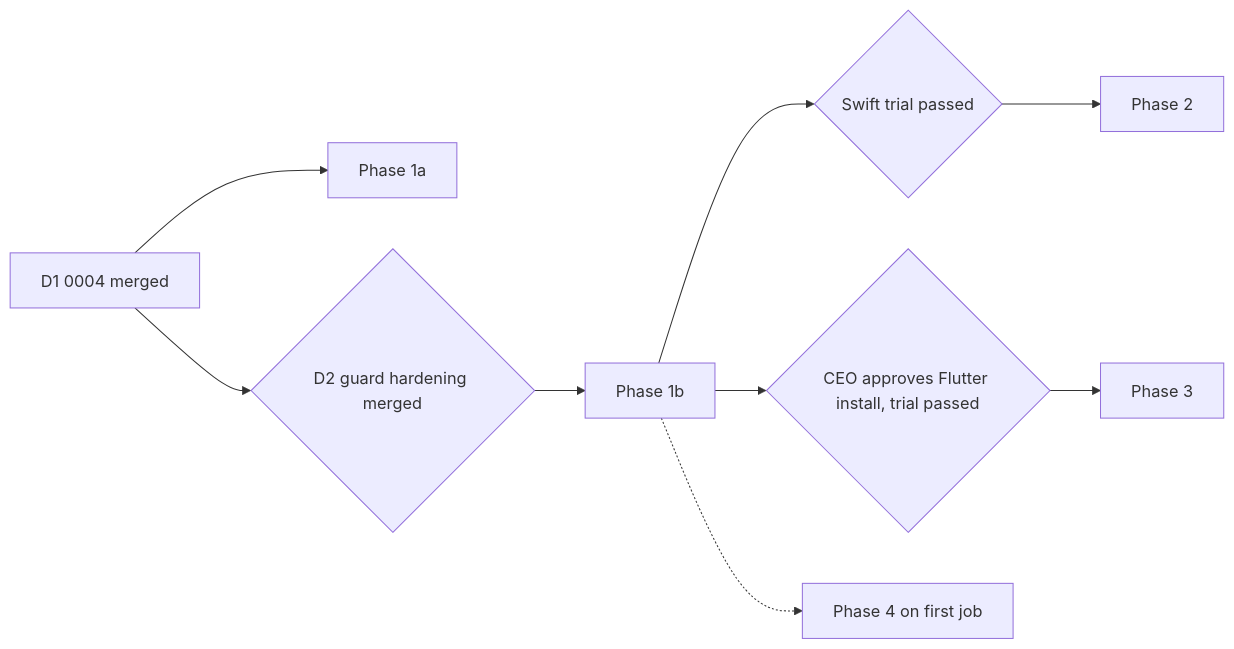
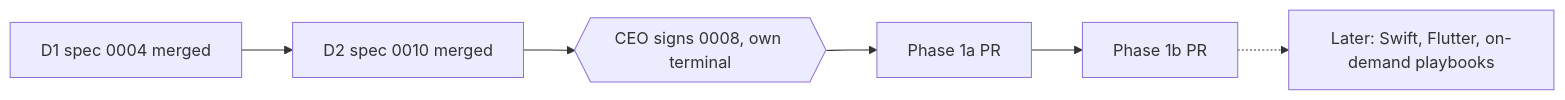
One commit to GktuOktay/claude-agency-v2 changed the second of 2 diagrams in specs/draft/0008-team-expansion.md. Above: the diagram before and after it, drawn with Mermaid. The commit also changed other lines of this file, not shown here.

Commit message:
docs(team): spec 0008 rev 5 after spec 0004 shipped: phases 1a and 1b only, D2 is spec 0010

````diff
--- a/specs/draft/0008-team-expansion.md
+++ b/specs/draft/0008-team-expansion.md
@@ -322,12 +306,9 @@
 ```mermaid
-%% Question: in what order do the phases ship, and which step needs a CEO decision or a separate spec?
+%% Question: in what order do things ship, and which step needs a CEO decision or a separate spec? (hexagon = CEO gate; dotted = later, own specs)
 flowchart LR
-  D1[D1 0004 merged] --> P1a[Phase 1a]
-  D1 --> D2{D2 guard hardening merged}
-  D2 --> P1b[Phase 1b]
-  P1b --> S{Swift trial passed}
-  S --> P2[Phase 2]
-  P1b --> F{CEO approves Flutter install, trial passed}
-  F --> P3[Phase 3]
-  P1b -.-> P4[Phase 4 on first job]
+  D1[D1 spec 0004 merged] --> D2[D2 spec 0010 merged]
+  D2 --> S{{CEO signs 0008, own terminal}}
+  S --> P1a[Phase 1a PR]
+  P1a --> P1b[Phase 1b PR]
+  P1b -.-> L[Later: Swift, Flutter, on-demand playbooks]
 ```
````
